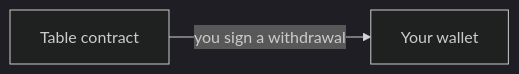
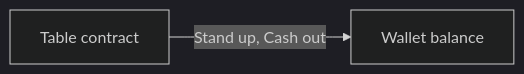
The diagram in docs/your-money/withdrawals.md (Stacked-Labs/poker-docs), drawn with Mermaid (dark theme) before and after one commit. The commit also changed other lines of this file and 65 other files, not shown here.

````diff
--- a/docs/your-money/withdrawals.md
+++ b/docs/your-money/withdrawals.md
@@ -13,4 +14,4 @@
 ```mermaid
 flowchart LR
-    C[Table contract] -->|you sign a withdrawal| W[Your wallet]
+    C[Table contract] -->|Stand up, Cash out| W[Wallet balance]
 ```
````
